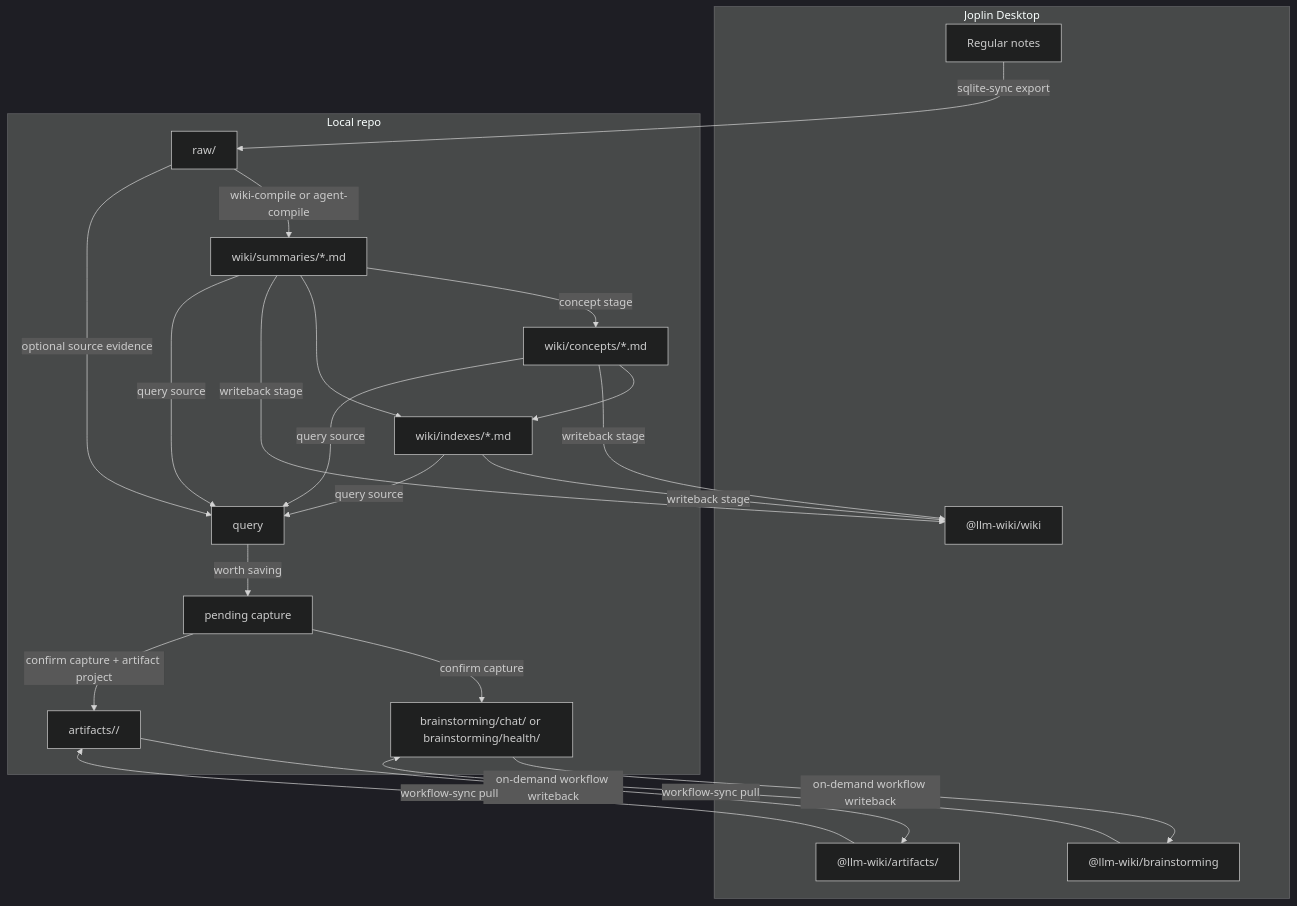
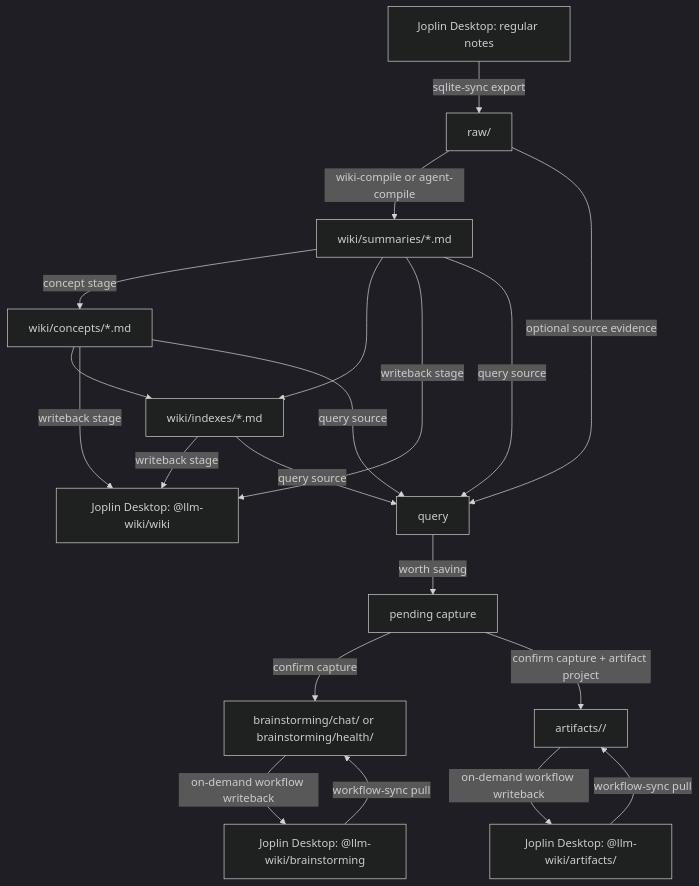
The diagram in README.en.md (gcake119/joplin-llm-wiki), drawn with Mermaid (dark theme) before and after one commit. The commit also changed 1 other file, not shown here.

Commit message:
調整 README 資料流圖版面
將 Joplin Desktop 設為 Mermaid 圖的資料流起點，並移除本機 repo 外框，讓圖更貼近安裝使用情境。

同步套用中文與英文 README。

````diff
--- a/README.en.md
+++ b/README.en.md
@@ -91,41 +91,37 @@
 ```mermaid
 flowchart TD
-  subgraph Joplin["Joplin Desktop"]
-    SourceNotes["Regular notes"]
-    WikiNotebook["@llm-wiki/wiki"]
-    BrainstormNotebook["@llm-wiki/brainstorming"]
-    ArtifactNotebook["@llm-wiki/artifacts/<project>"]
-  end
+  SourceNotes["Joplin Desktop: regular notes"]
 
-  subgraph Repo["Local repo"]
-    Raw["raw/"]
-    Summaries["wiki/summaries/*.md"]
-    Concepts["wiki/concepts/*.md"]
-    Indexes["wiki/indexes/*.md"]
-    Query["query"]
-    Pending["pending capture"]
-    Brainstorming["brainstorming/chat/ or brainstorming/health/"]
-    Artifacts["artifacts/<project>/"]
-  end
+  Raw["raw/"]
+  Summaries["wiki/summaries/*.md"]
+  Concepts["wiki/concepts/*.md"]
+  Indexes["wiki/indexes/*.md"]
+  Query["query"]
+  Pending["pending capture"]
+  Brainstorming["brainstorming/chat/ or brainstorming/health/"]
+  Artifacts["artifacts/<project>/"]
+  WikiNotebook["Joplin Desktop: @llm-wiki/wiki"]
+  BrainstormNotebook["Joplin Desktop: @llm-wiki/brainstorming"]
+  ArtifactNotebook["Joplin Desktop: @llm-wiki/artifacts/<project>"]
 
   SourceNotes -->|sqlite-sync export| Raw
   Raw -->|wiki-compile or agent-compile| Summaries
   Summaries -->|concept stage| Concepts
   Summaries --> Indexes
   Concepts --> Indexes
   Summaries -->|writeback stage| WikiNotebook
   Concepts -->|writeback stage| WikiNotebook
   Indexes -->|writeback stage| WikiNotebook
 
   Summaries -->|query source| Query
   Concepts -->|query source| Query
   Indexes -->|query source| Query
   Raw -->|optional source evidence| Query
   Query -->|worth saving| Pending
   Pending -->|confirm capture| Brainstorming
   Pending -->|confirm capture + artifact project| Artifacts
   Brainstorming -->|on-demand workflow writeback| BrainstormNotebook
   Artifacts -->|on-demand workflow writeback| ArtifactNotebook
   BrainstormNotebook -->|workflow-sync pull| Brainstorming
   ArtifactNotebook -->|workflow-sync pull| Artifacts
 ```
````
